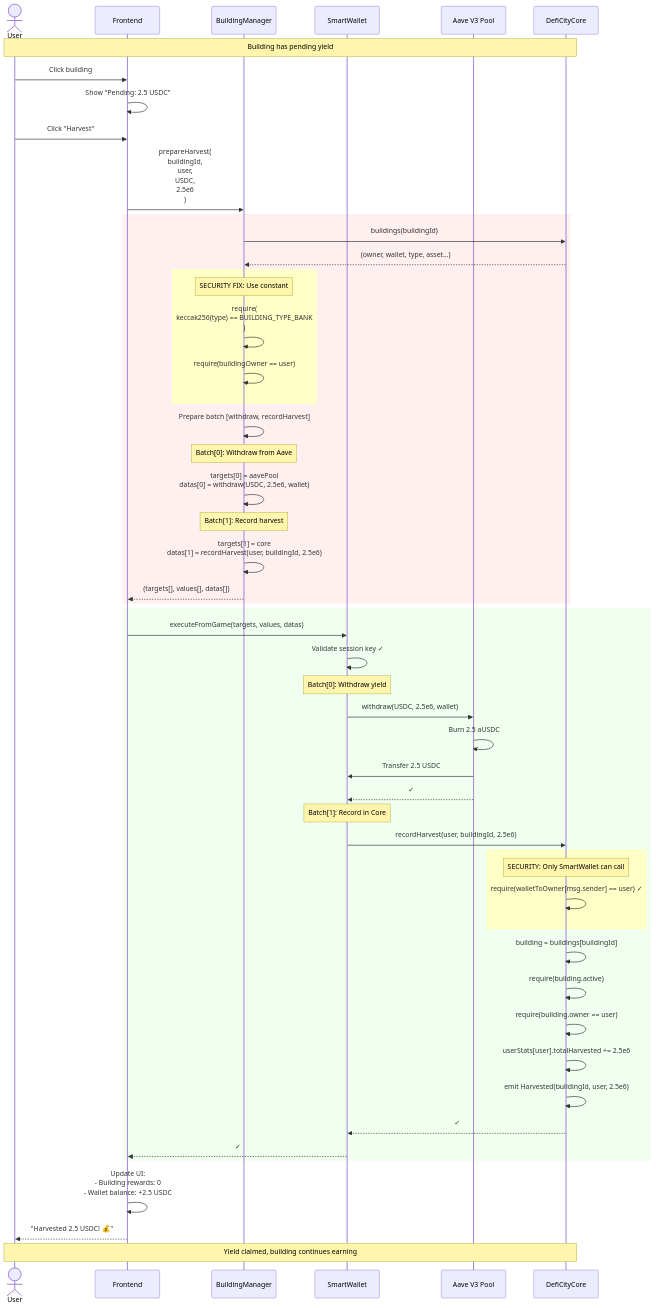
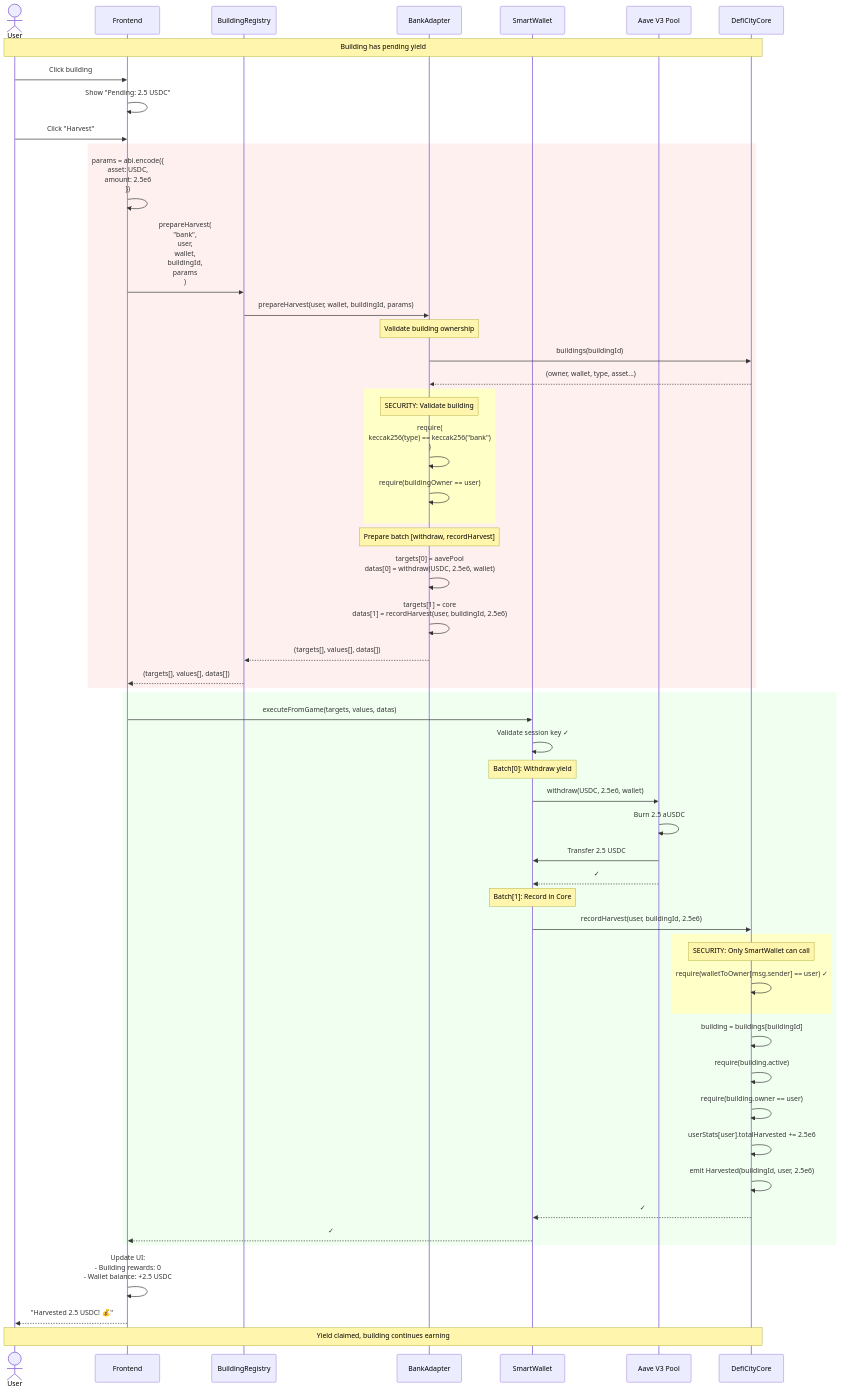
The seventh of 11 diagrams in CONTRACT_SEQUENCE_DIAGRAMS.md (BrookerGroup/defi-city), drawn with Mermaid before and after one commit. The commit also changed other lines of this file and 5 other files, not shown here.

Commit message:
add: user's building grids

````diff
--- a/CONTRACT_SEQUENCE_DIAGRAMS.md
+++ b/CONTRACT_SEQUENCE_DIAGRAMS.md
@@ -339,74 +550,79 @@
 ```mermaid
 sequenceDiagram
     actor User
     participant Frontend
-    participant Manager as BuildingManager
+    participant Registry as BuildingRegistry
+    participant Adapter as BankAdapter
     participant Wallet as SmartWallet
     participant Aave as Aave V3 Pool
     participant Core as DefiCityCore
 
     Note over User,Core: Building has pending yield
 
     User->>Frontend: Click building
     Frontend->>Frontend: Show "Pending: 2.5 USDC"
 
     User->>Frontend: Click "Harvest"
 
-    Frontend->>Manager: prepareHarvest(<br/>  buildingId,<br/>  user,<br/>  USDC,<br/>  2.5e6<br/>)
+    rect rgb(255, 240, 240)
+        Frontend->>Frontend: params = abi.encode({<br/>  asset: USDC,<br/>  amount: 2.5e6<br/>})
 
-    rect rgb(255, 240, 240)
-        Manager->>Core: buildings(buildingId)
-        Core-->>Manager: (owner, wallet, type, asset...)
+        Frontend->>Registry: prepareHarvest(<br/>  "bank",<br/>  user,<br/>  wallet,<br/>  buildingId,<br/>  params<br/>)
+
+        Registry->>Adapter: prepareHarvest(user, wallet, buildingId, params)
+
+        Note over Adapter: Validate building ownership
+        Adapter->>Core: buildings(buildingId)
+        Core-->>Adapter: (owner, wallet, type, asset...)
 
         rect rgb(255, 255, 200)
-            Note over Manager: SECURITY FIX: Use constant
-            Manager->>Manager: require(<br/>  keccak256(type) == BUILDING_TYPE_BANK<br/>)
-            Manager->>Manager: require(buildingOwner == user)
+            Note over Adapter: SECURITY: Validate building
+            Adapter->>Adapter: require(<br/>  keccak256(type) == keccak256("bank")<br/>)
+            Adapter->>Adapter: require(buildingOwner == user)
         end
 
-        Manager->>Manager: Prepare batch [withdraw, recordHarvest]
+        Note over Adapter: Prepare batch [withdraw, recordHarvest]
 
-        Note over Manager: Batch[0]: Withdraw from Aave
-        Manager->>Manager: targets[0] = aavePool<br/>datas[0] = withdraw(USDC, 2.5e6, wallet)
+        Adapter->>Adapter: targets[0] = aavePool<br/>datas[0] = withdraw(USDC, 2.5e6, wallet)
 
-        Note over Manager: Batch[1]: Record harvest
-        Manager->>Manager: targets[1] = core<br/>datas[1] = recordHarvest(user, buildingId, 2.5e6)
+        Adapter->>Adapter: targets[1] = core<br/>datas[1] = recordHarvest(user, buildingId, 2.5e6)
 
-        Manager-->>Frontend: (targets[], values[], datas[])
+        Adapter-->>Registry: (targets[], values[], datas[])
+        Registry-->>Frontend: (targets[], values[], datas[])
     end
 
     rect rgb(240, 255, 240)
         Frontend->>Wallet: executeFromGame(targets, values, datas)
 
         Wallet->>Wallet: Validate session key ✓
 
         Note over Wallet: Batch[0]: Withdraw yield
         Wallet->>Aave: withdraw(USDC, 2.5e6, wallet)
         Aave->>Aave: Burn 2.5 aUSDC
         Aave->>Wallet: Transfer 2.5 USDC
         Aave-->>Wallet: ✓
 
         Note over Wallet: Batch[1]: Record in Core
         Wallet->>Core: recordHarvest(user, buildingId, 2.5e6)
 
         rect rgb(255, 255, 200)
             Note over Core: SECURITY: Only SmartWallet can call
             Core->>Core: require(walletToOwner[msg.sender] == user) ✓
         end
 
         Core->>Core: building = buildings[buildingId]
         Core->>Core: require(building.active)
         Core->>Core: require(building.owner == user)
 
         Core->>Core: userStats[user].totalHarvested += 2.5e6
         Core->>Core: emit Harvested(buildingId, user, 2.5e6)
         Core-->>Wallet: ✓
 
         Wallet-->>Frontend: ✓
     end
 
     Frontend->>Frontend: Update UI:<br/>- Building rewards: 0<br/>- Wallet balance: +2.5 USDC
     Frontend-->>User: "Harvested 2.5 USDC! 💰"
 
     Note over User,Core: Yield claimed, building continues earning
 ```
````
